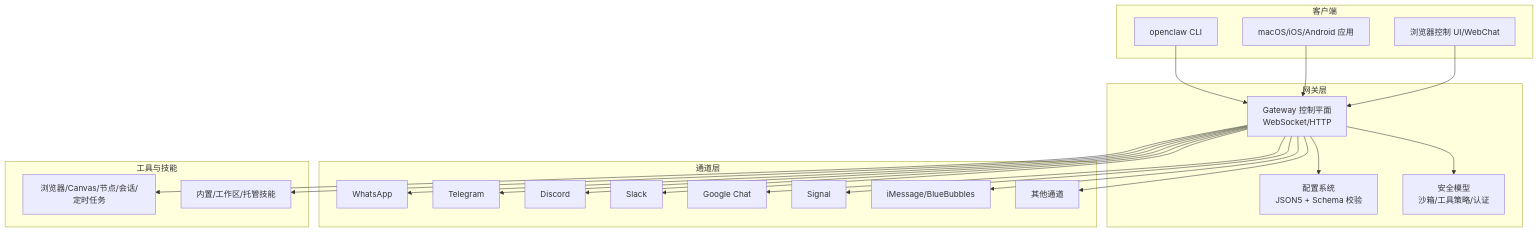
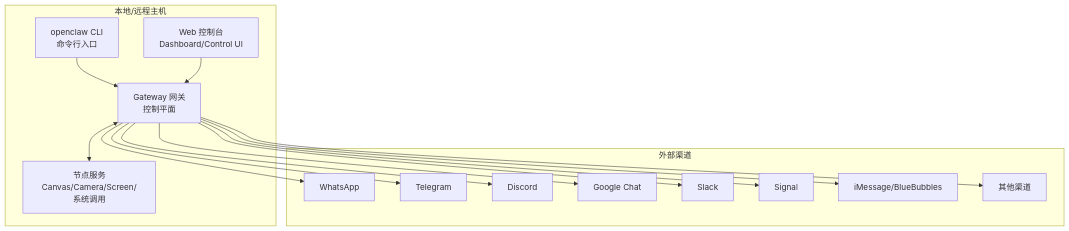
Before and after one commit to botx-work/OpenClaw-Internals: the diagram in repowiki/zh/content/快速开始.md, drawn with Mermaid. The commit also changed other lines of this file and 542 other files, not shown here.

````diff
--- a/repowiki/zh/content/快速开始.md
+++ b/repowiki/zh/content/快速开始.md
@@ -37,42 +148,30 @@
 ```mermaid
 graph TB
-subgraph "客户端"
-UI["浏览器控制 UI/WebChat"]
-App["macOS/iOS/Android 应用"]
-CLI["openclaw CLI"]
+subgraph "本地/远程主机"
+CLI["openclaw CLI<br/>命令行入口"]
+Gateway["Gateway 网关<br/>控制平面"]
+Browser["Web 控制台<br/>Dashboard/Control UI"]
+Nodes["节点服务<br/>Canvas/Camera/Screen/系统调用"]
 end
-subgraph "网关层"
-GW["Gateway 控制平面<br/>WebSocket/HTTP"]
-CFG["配置系统<br/>JSON5 + Schema 校验"]
-SEC["安全模型<br/>沙箱/工具策略/认证"]
-end
-subgraph "通道层"
+subgraph "外部渠道"
 WA["WhatsApp"]
 TG["Telegram"]
 DC["Discord"]
+GC["Google Chat"]
 SL["Slack"]
-GC["Google Chat"]
 SI["Signal"]
 IM["iMessage/BlueBubbles"]
-OTHER["其他通道"]
+OT["其他渠道"]
 end
-subgraph "工具与技能"
-TOOL["浏览器/Canvas/节点/会话/定时任务"]
-SKILL["内置/工作区/托管技能"]
-end
-UI --> GW
-App --> GW
-CLI --> GW
-GW --> CFG
-GW --> SEC
-GW --> TOOL
-GW --> SKILL
-GW --> WA
-GW --> TG
-GW --> DC
-GW --> SL
-GW --> GC
-GW --> SI
-GW --> IM
-GW --> OTHER
+CLI --> Gateway
+Browser --> Gateway
+Gateway --> WA
+Gateway --> TG
+Gateway --> DC
+Gateway --> GC
+Gateway --> SL
+Gateway --> SI
+Gateway --> IM
+Gateway --> OT
+Gateway <--> Nodes
 ```
````
